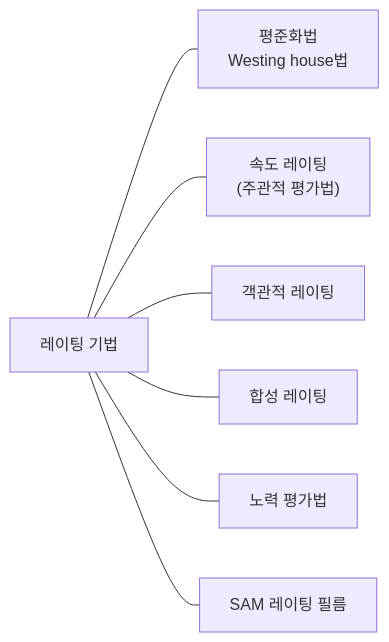
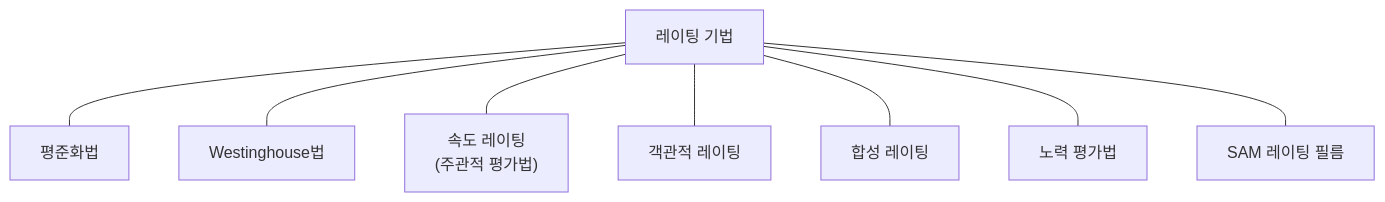
Before and after one commit to yeonkyupark/pepc2e: the first of 2 diagrams in 0504표준작업관리.qmd, drawn with Mermaid. The commit also changed other lines of this file, not shown here.

````diff
--- a/0504표준작업관리.qmd
+++ b/0504표준작업관리.qmd
@@ -39,13 +160,14 @@
 ```{mermaid}
-flowchart LR
+flowchart TB
 
 00["레이팅 기법"]
-10["평준화법<br>Westing house법"]
+10["평준화법"]
+11["Westinghouse법"]
 20["속도 레이팅<br>(주관적 평가법)"]
 30["객관적 레이팅"]
 40["합성 레이팅"]
 50["노력 평가법"]
 60["SAM 레이팅 필름"]
 
-00 --- 10 & 20 & 30 & 40 & 50 & 60
+00 --- 10 & 11 & 20 & 30 & 40 & 50 & 60
 ```
````
